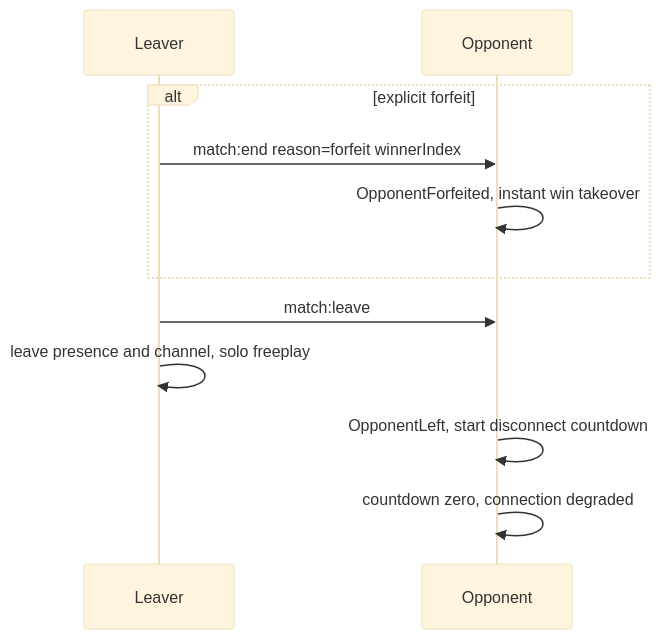
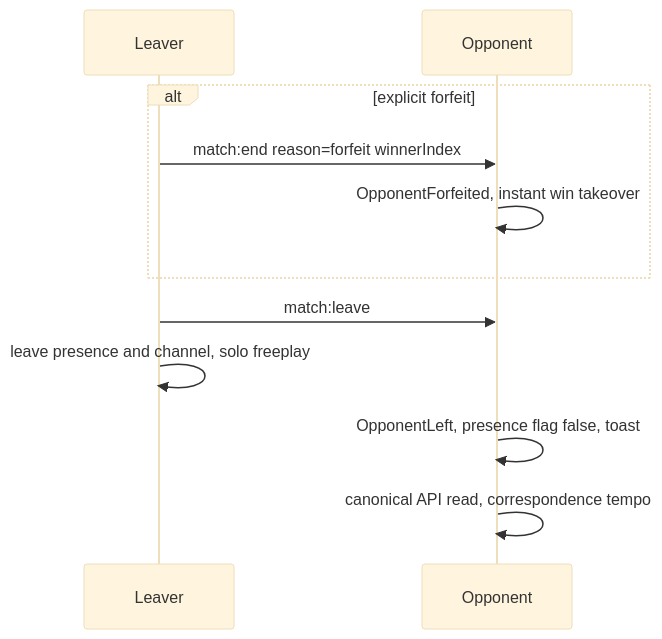
One commit to chalkysticks/docs changed diagram 11 of 11 in trainer/multiplayer/sync-flows.mdx. Above: the diagram before and after it, drawn with Mermaid (base theme). The commit also changed other lines of this file and 6 other files, not shown here.

````diff
--- a/trainer/multiplayer/sync-flows.mdx
+++ b/trainer/multiplayer/sync-flows.mdx
@@ -255,13 +280,13 @@
 ```mermaid
 sequenceDiagram
     participant L as Leaver
     participant O as Opponent
     alt explicit forfeit
         L->>O: match:end reason=forfeit winnerIndex
         O->>O: OpponentForfeited, instant win takeover
     end
     L->>O: match:leave
     L->>L: leave presence and channel, solo freeplay
-    O->>O: OpponentLeft, start disconnect countdown
-    O->>O: countdown zero, connection degraded
+    O->>O: OpponentLeft, presence flag false, toast
+    O->>O: canonical API read, correspondence tempo
 ```
````
